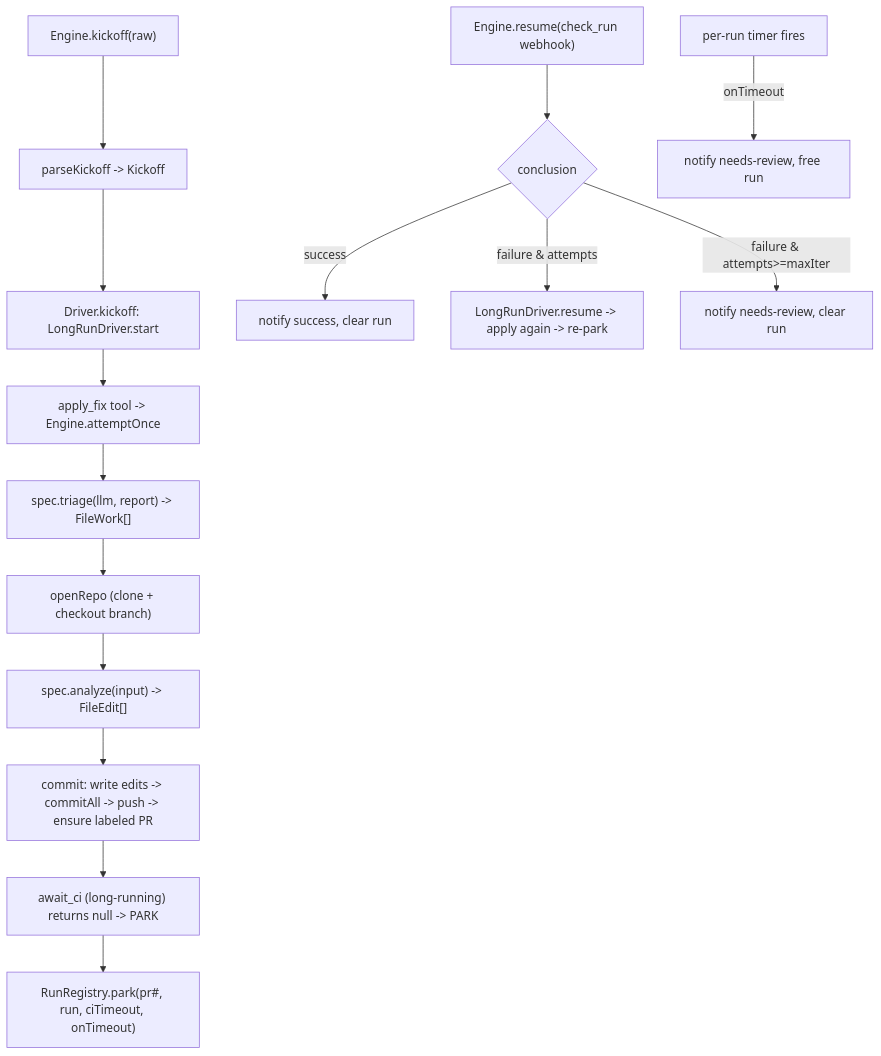
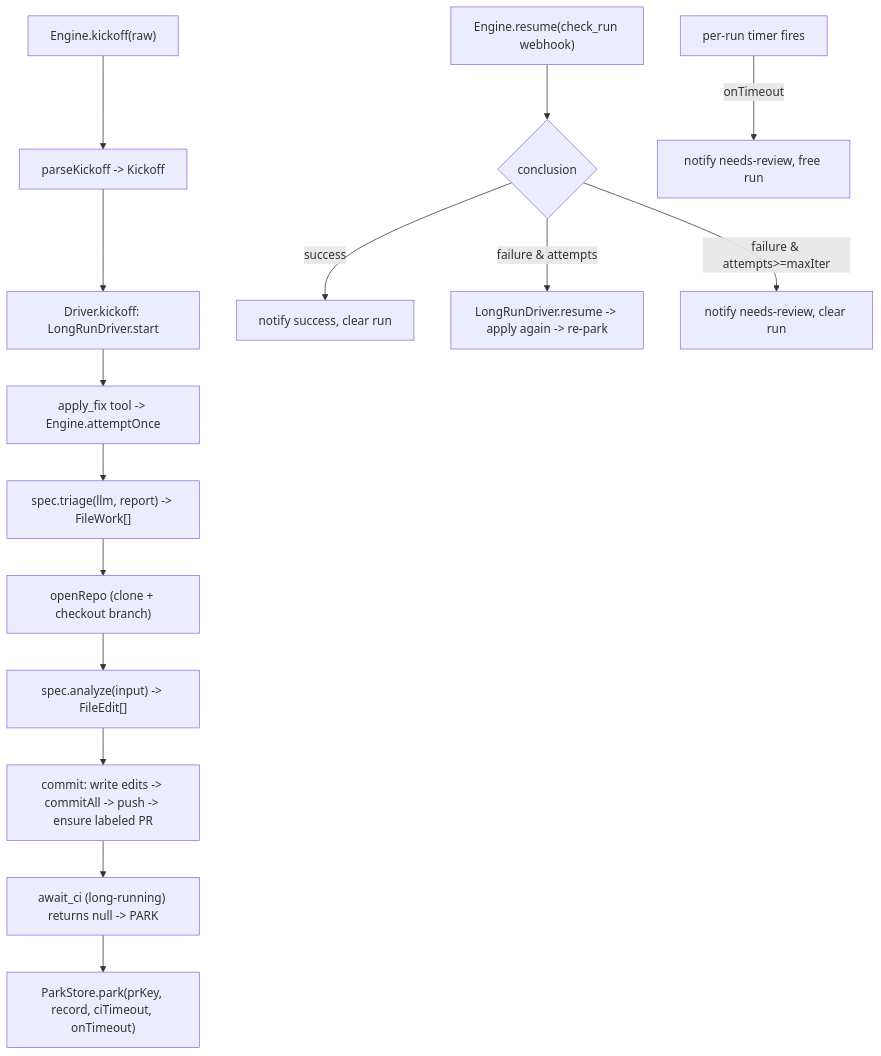
The diagram in javascript/src/agent/fixflow/AGENTS.md (jkjamies/automation-agent), drawn with Mermaid before and after one commit. The commit also changed other lines of this file and 54 other files, not shown here.

````diff
--- a/javascript/src/agent/fixflow/AGENTS.md
+++ b/javascript/src/agent/fixflow/AGENTS.md
@@ -8,18 +9,18 @@
 ```mermaid
 flowchart TD
     KO["Engine.kickoff(raw)"] --> PK["parseKickoff -> Kickoff"]
     PK --> DRV["Driver.kickoff: LongRunDriver.start"]
     DRV --> AF["apply_fix tool -> Engine.attemptOnce"]
     AF --> TR["spec.triage(llm, report) -> FileWork[]"]
     TR --> OR["openRepo (clone + checkout branch)"]
     OR --> AN["spec.analyze(input) -> FileEdit[]"]
     AN --> CM["commit: write edits -> commitAll -> push -> ensure labeled PR"]
     CM --> WAIT["await_ci (long-running) returns null -> PARK"]
-    WAIT --> REG["RunRegistry.park(pr#, run, ciTimeout, onTimeout)"]
+    WAIT --> REG["ParkStore.park(prKey, record, ciTimeout, onTimeout)"]
 
     WH["Engine.resume(check_run webhook)"] --> RS{conclusion}
     RS -->|success| OK["notify success, clear run"]
     RS -->|"failure & attempts<maxIter"| RT["LongRunDriver.resume -> apply again -> re-park"]
     RS -->|"failure & attempts>=maxIter"| RV["notify needs-review, clear run"]
     TO["per-run timer fires"] -->|onTimeout| RV2["notify needs-review, free run"]
 ```
````
